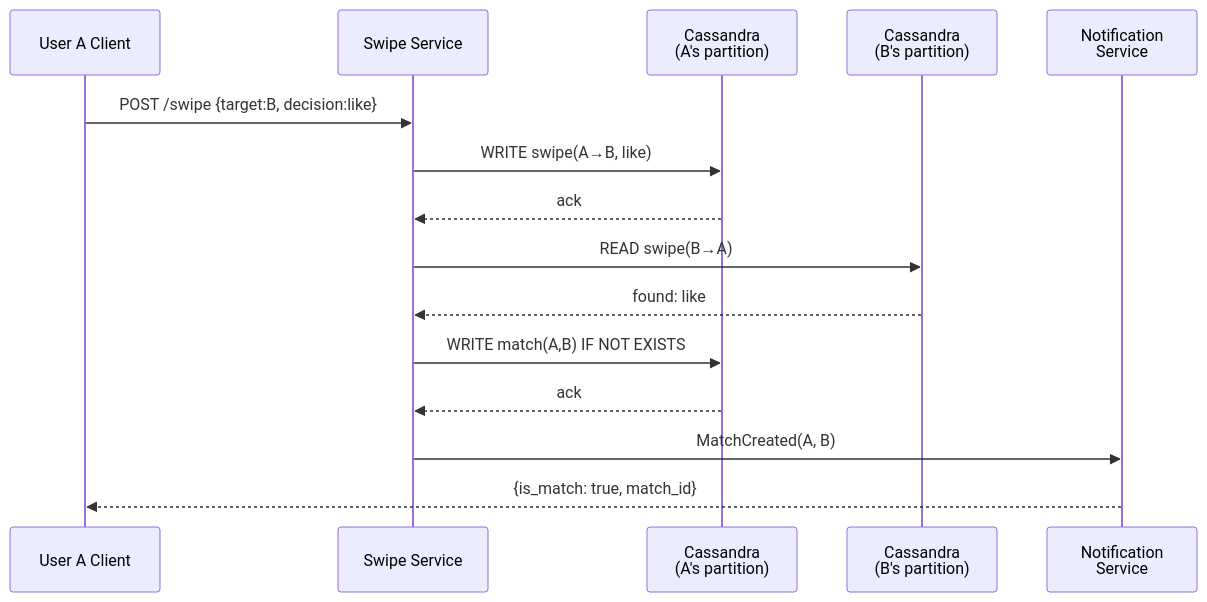
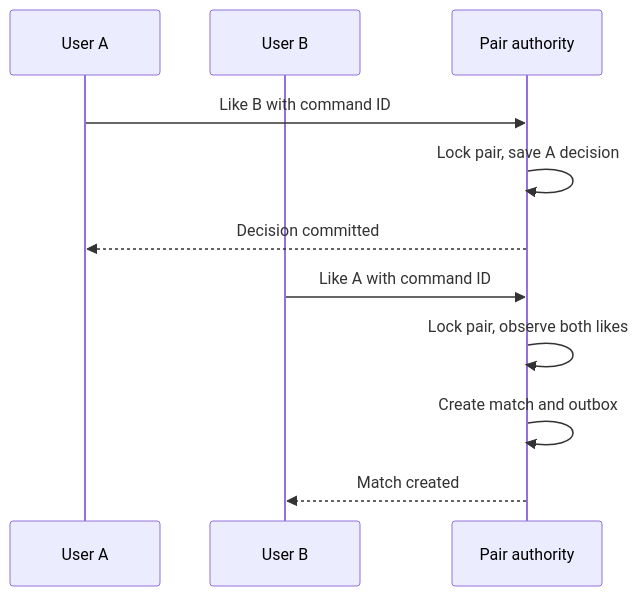
Before and after one commit to iliazlobin/iliazlobin.github.io: the third of 3 diagrams in _designs/system-design-tinder.md, drawn with Mermaid. The commit also changed other lines of this file and 95 other files, not shown here.

````diff
--- a/_designs/system-design-tinder.md
+++ b/_designs/system-design-tinder.md
@@ -368,18 +249,13 @@
 ```mermaid
 sequenceDiagram
-    participant A as User A Client
-    participant C as Swipe Service
-    participant CDB as Cassandra<br/>(A's partition)
-    participant CDB2 as Cassandra<br/>(B's partition)
-    participant N as Notification<br/>Service
-
-    A->>C: POST /swipe {target:B, decision:like}
-    C->>CDB: WRITE swipe(A→B, like)
-    CDB-->>C: ack
-    C->>CDB2: READ swipe(B→A)
-    CDB2-->>C: found: like
-    C->>CDB: WRITE match(A,B) IF NOT EXISTS
-    CDB-->>C: ack
-    C->>N: MatchCreated(A, B)
-    N-->>A: {is_match: true, match_id}
+  participant A as User A
+  participant B as User B
+  participant P as Pair authority
+  A->>P: Like B with command ID
+  P->>P: Lock pair, save A decision
+  P-->>A: Decision committed
+  B->>P: Like A with command ID
+  P->>P: Lock pair, observe both likes
+  P->>P: Create match and outbox
+  P-->>B: Match created
 ```
````
